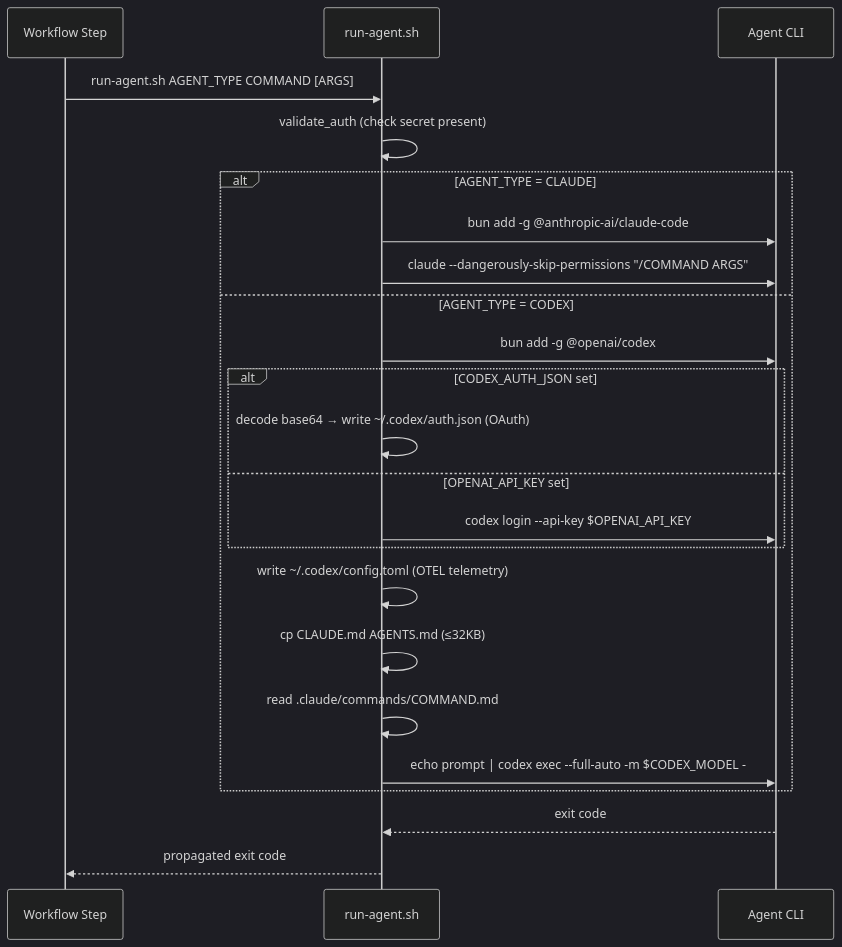
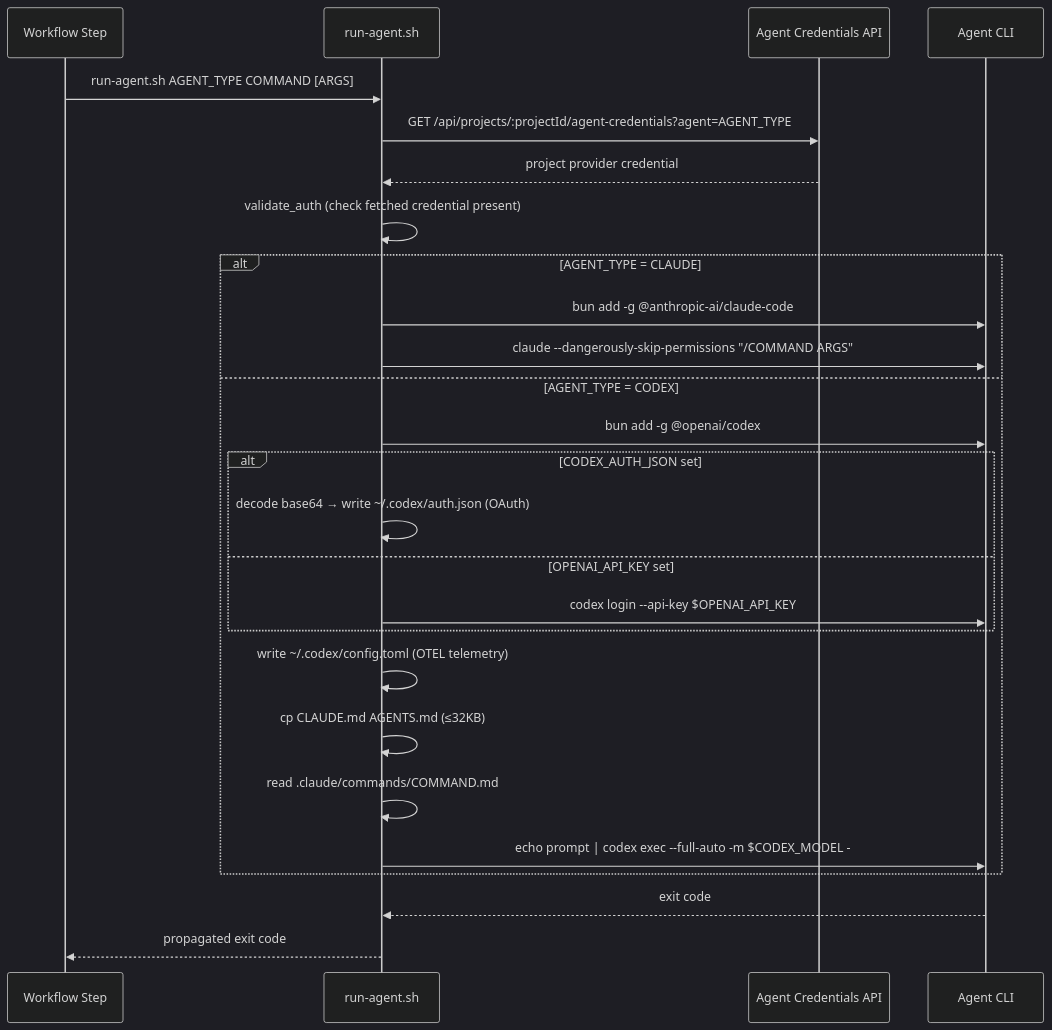
The second of 5 diagrams in specs/specifications/technical/implementation/integrations.md (bfernandez31/ai-board), drawn with Mermaid (dark theme) before and after one commit. The commit also changed other lines of this file and 11 other files, not shown here.

````diff
--- a/specs/specifications/technical/implementation/integrations.md
+++ b/specs/specifications/technical/implementation/integrations.md
@@ -378,26 +377,29 @@
 ```mermaid
 sequenceDiagram
     participant WF as Workflow Step
     participant RS as run-agent.sh
+    participant API as Agent Credentials API
     participant CLI as Agent CLI
 
     WF->>RS: run-agent.sh AGENT_TYPE COMMAND [ARGS]
-    RS->>RS: validate_auth (check secret present)
+    RS->>API: GET /api/projects/:projectId/agent-credentials?agent=AGENT_TYPE
+    API-->>RS: project provider credential
+    RS->>RS: validate_auth (check fetched credential present)
     alt AGENT_TYPE = CLAUDE
         RS->>CLI: bun add -g @anthropic-ai/claude-code
         RS->>CLI: claude --dangerously-skip-permissions "/COMMAND ARGS"
     else AGENT_TYPE = CODEX
         RS->>CLI: bun add -g @openai/codex
         alt CODEX_AUTH_JSON set
             RS->>RS: decode base64 → write ~/.codex/auth.json (OAuth)
         else OPENAI_API_KEY set
             RS->>CLI: codex login --api-key $OPENAI_API_KEY
         end
         RS->>RS: write ~/.codex/config.toml (OTEL telemetry)
         RS->>RS: cp CLAUDE.md AGENTS.md (≤32KB)
         RS->>RS: read .claude/commands/COMMAND.md
         RS->>CLI: echo prompt | codex exec --full-auto -m $CODEX_MODEL -
     end
     CLI-->>RS: exit code
     RS-->>WF: propagated exit code
 ```
````
